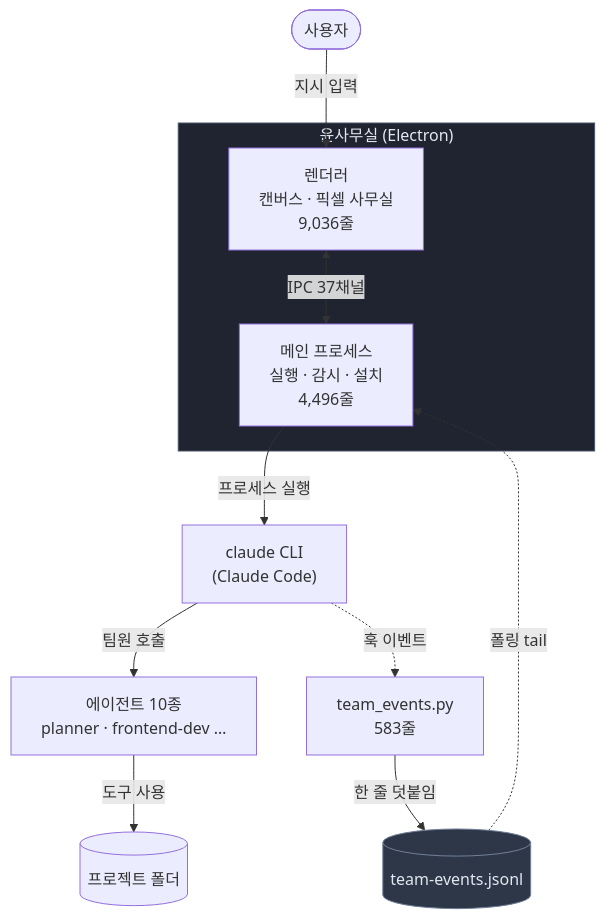
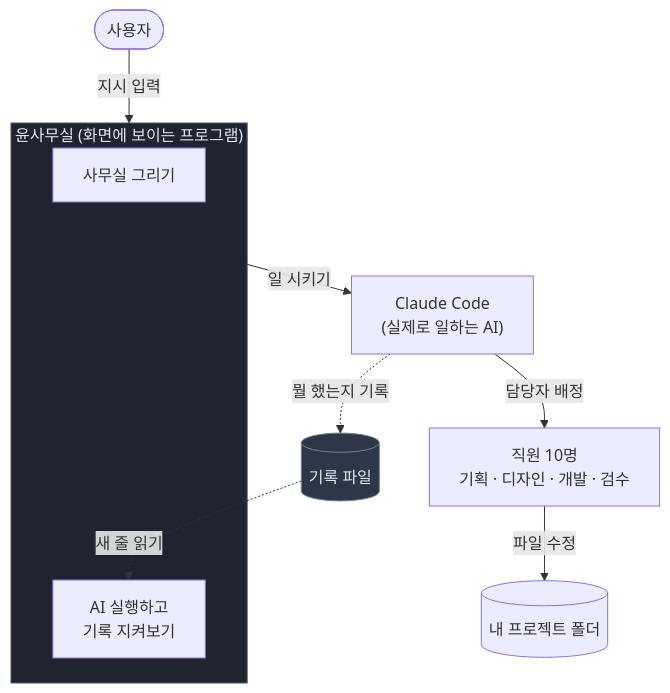
Before and after one commit to yjh-dev/PROJECT-TEAM_VIEW: the first of 3 diagrams in docs/portfolio/02-동작-흐름.md, drawn with Mermaid. The commit also changed other lines of this file and 2 other files, not shown here.

````diff
--- a/docs/portfolio/02-동작-흐름.md
+++ b/docs/portfolio/02-동작-흐름.md
@@ -9,21 +28,19 @@
 ```mermaid
 flowchart TB
-    U([사용자]) -->|지시 입력| R
+    U([사용자]) -->|"지시 입력"| APP
 
-    subgraph APP["윤사무실 (Electron)"]
-      R["렌더러<br/>캔버스 · 픽셀 사무실<br/>9,036줄"]
-      M["메인 프로세스<br/>실행 · 감시 · 설치<br/>4,496줄"]
-      R <-->|IPC 37채널| M
+    subgraph APP["윤사무실 (화면에 보이는 프로그램)"]
+      R["사무실 그리기"]
+      M["AI 실행하고<br/>기록 지켜보기"]
     end
 
-    M -->|프로세스 실행| C["claude CLI<br/>(Claude Code)"]
-    C -->|팀원 호출| A["에이전트 10종<br/>planner · frontend-dev …"]
-    A -->|도구 사용| FS[("프로젝트 폴더")]
+    APP -->|"일 시키기"| C["Claude Code<br/>(실제로 일하는 AI)"]
+    C -->|"담당자 배정"| A["직원 10명<br/>기획 · 디자인 · 개발 · 검수"]
+    A -->|"파일 수정"| FS[("내 프로젝트 폴더")]
 
-    C -.->|훅 이벤트| H["team_events.py<br/>583줄"]
-    H -->|한 줄 덧붙임| L[("team-events.jsonl")]
-    L -.->|폴링 tail| M
+    C -.->|"뭘 했는지 기록"| L[("기록 파일")]
+    L -.->|"새 줄 읽기"| M
 
     style APP fill:#1f2430,stroke:#4a5568,color:#e2e8f0
     style L fill:#2d3748,stroke:#718096,color:#e2e8f0
 ```
````
